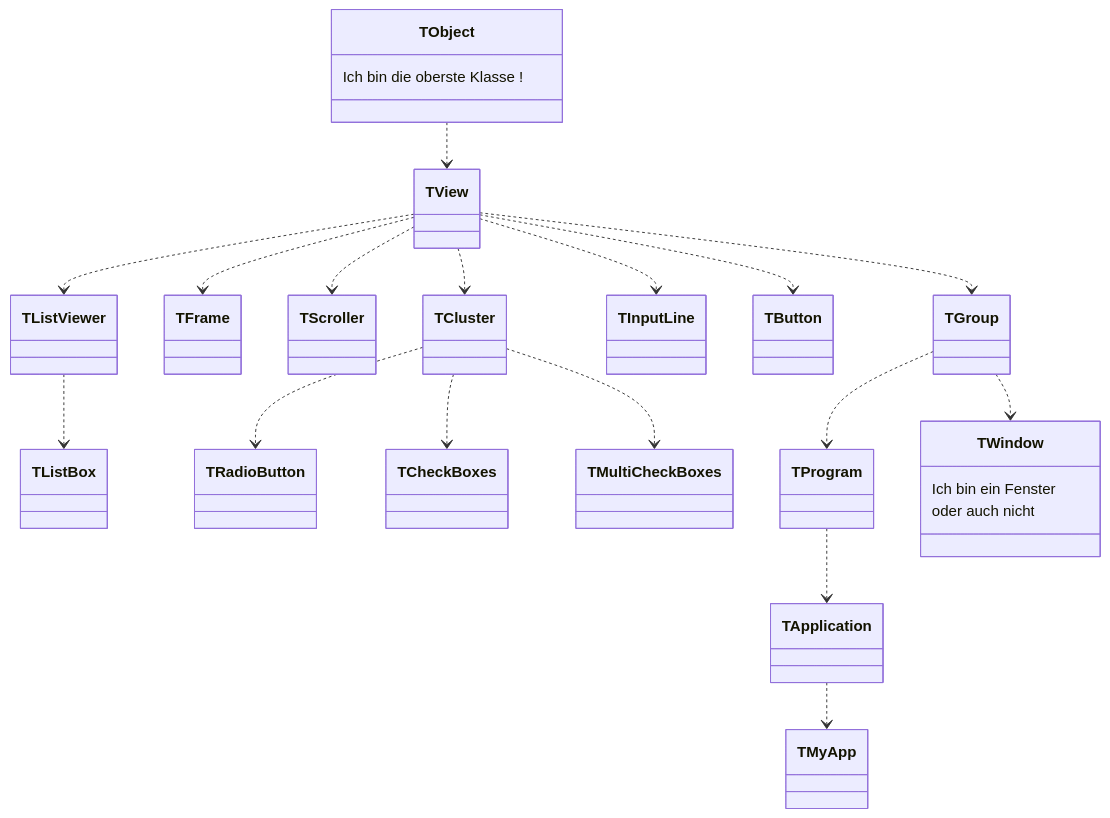
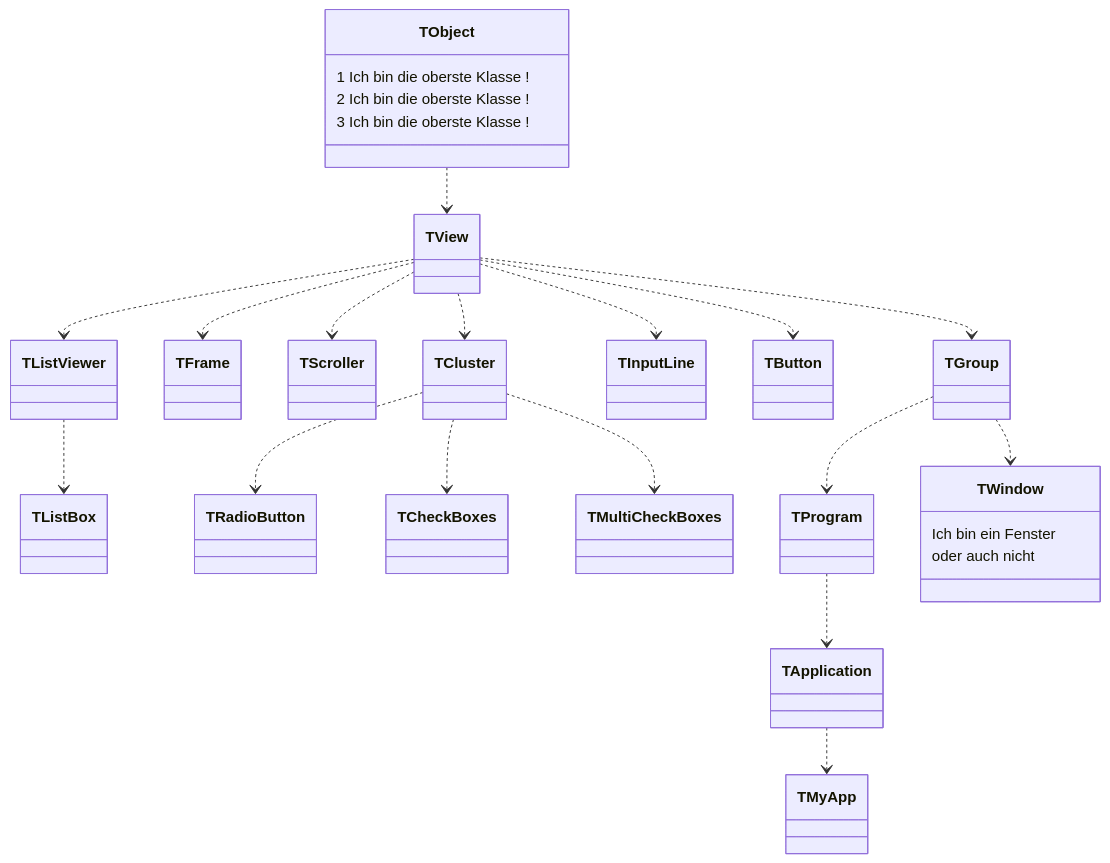
One commit to sechshelme/Lazarus-FreeVision-Tutorial changed the diagram in 99_Test/GIT_Chart_Test/readme.md. Above: the diagram before and after it, drawn with Mermaid.

````diff
--- a/99_Test/GIT_Chart_Test/readme.md
+++ b/99_Test/GIT_Chart_Test/readme.md
@@ -3,26 +3,28 @@
 ```mermaid
 classDiagram
 
 
 TObject ..> TView
-TObject: Ich bin die oberste Klasse !
+TObject: 1 Ich bin die oberste Klasse !
+TObject: 2 Ich bin die oberste Klasse !
+TObject: 3 Ich bin die oberste Klasse !
 TView ..> TGroup
 TView ..> TFrame
 TView ..> TScroller
 TView ..> TListViewer
 TListViewer ..> TListBox
 TView ..> TInputLine
 TView ..> TButton
 TView ..> TCluster
 TCluster ..> TRadioButton
 TCluster ..> TCheckBoxes
 TCluster ..> TMultiCheckBoxes
 TGroup ..> TProgram
 TGroup ..> TWindow
 TProgram ..> TApplication 
 TApplication ..> TMyApp
 class TWindow {
   Ich bin ein Fenster
   oder auch nicht
 }
 ```
````
